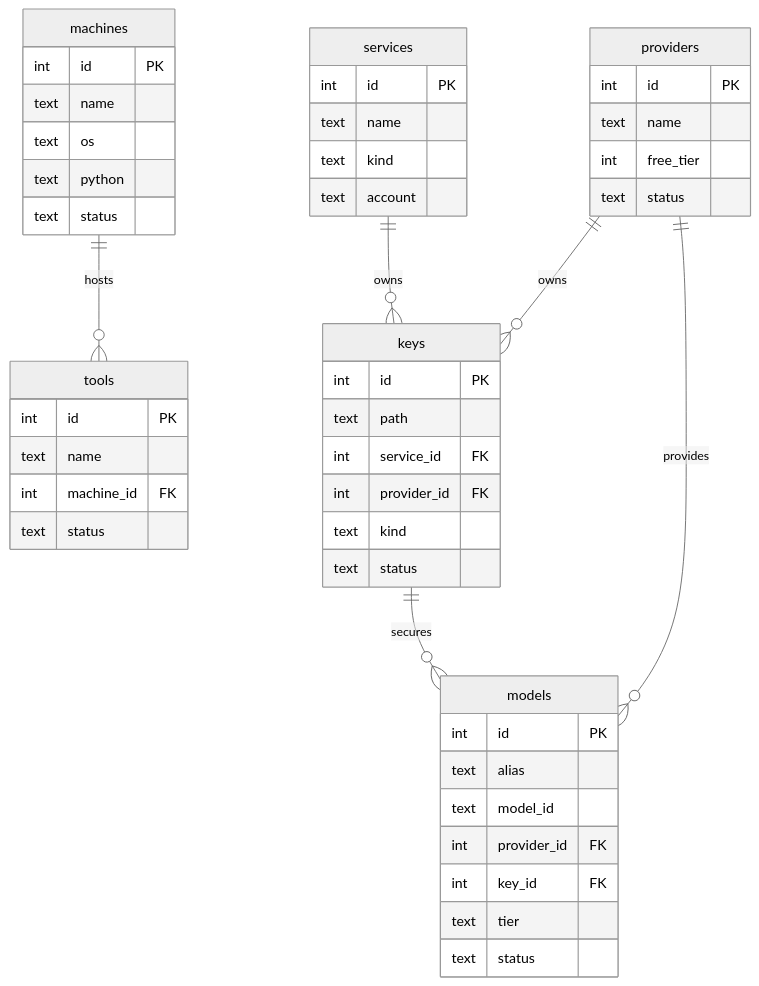
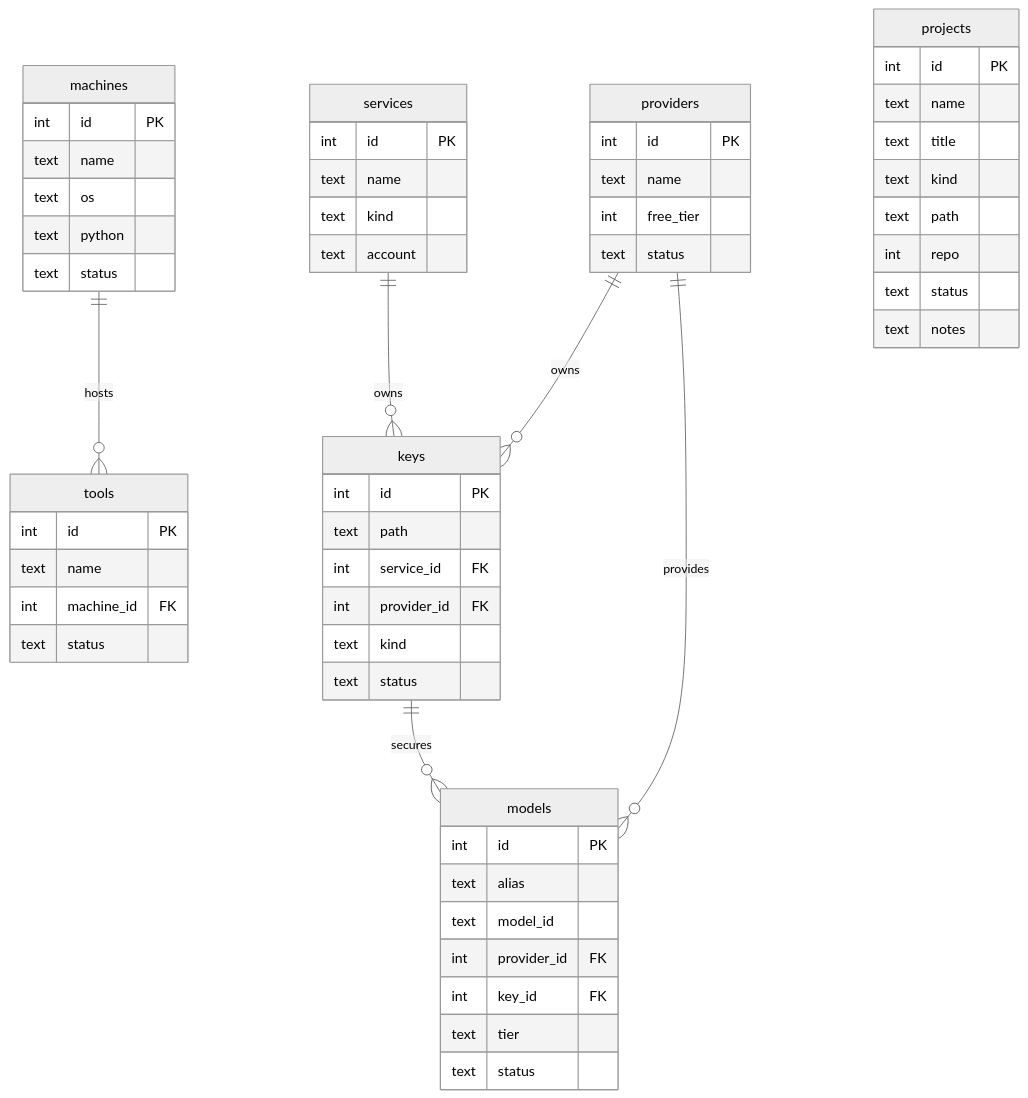
The third of 4 diagrams in doc/architecture.md (peterkokosharov/ai-first-workspace), drawn with Mermaid (neutral theme) before and after one commit. The commit also changed other lines of this file and 3 other files, not shown here.

````diff
--- a/doc/architecture.md
+++ b/doc/architecture.md
@@ -128,56 +128,67 @@
 ```mermaid
 erDiagram
     machines ||--o{ tools : "hosts"
     services ||--o{ keys : "owns"
     providers ||--o{ keys : "owns"
     providers ||--o{ models : "provides"
     keys ||--o{ models : "secures"
     
     machines {
         int id PK
         text name
         text os
         text python
         text status
     }
     
     services {
         int id PK
         text name
         text kind
         text account
     }
     
     providers {
         int id PK
         text name
         int free_tier
         text status
     }
     
     keys {
         int id PK
         text path
         int service_id FK
         int provider_id FK
         text kind
         text status
     }
     
     models {
         int id PK
         text alias
         text model_id
         int provider_id FK
         int key_id FK
         text tier
         text status
     }
     
     tools {
         int id PK
         text name
         int machine_id FK
         text status
     }
+
+    projects {
+        int id PK
+        text name
+        text title
+        text kind
+        text path
+        int repo
+        text status
+        text notes
+    }
 ```
````
